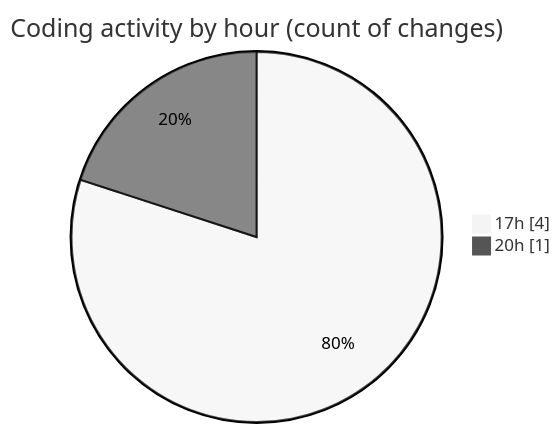
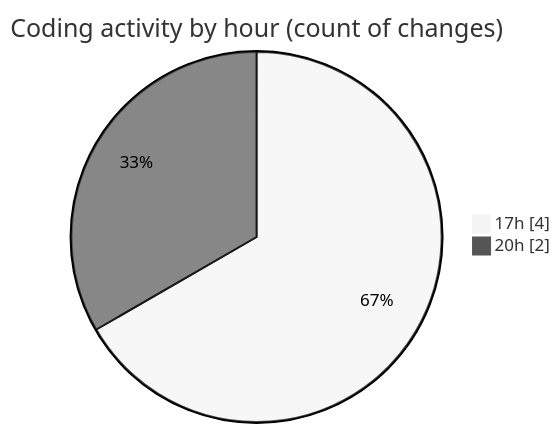
Before and after one commit to idhammustaqopulfikri/code-tracking: the second of 2 diagrams in 2025-05-16/booking/README.md, drawn with Mermaid (neutral theme). The commit also changed other lines of this file and 1 other file, not shown here.

````diff
--- a/2025-05-16/booking/README.md
+++ b/2025-05-16/booking/README.md
@@ -32,6 +32,6 @@
 ```mermaid
 pie showData
 title Coding activity by hour (count of changes)
 "17h" : 4
-"20h" : 1
+"20h" : 2
 ```
````
